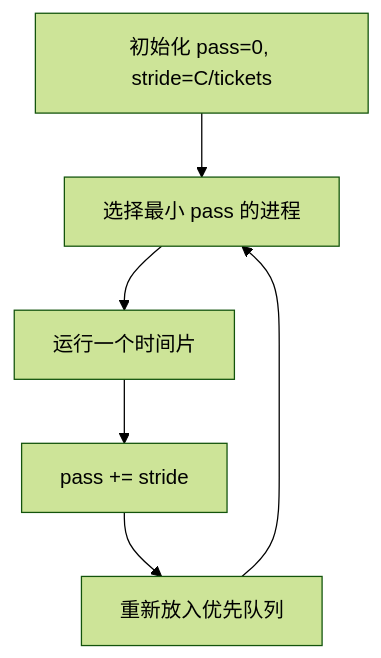
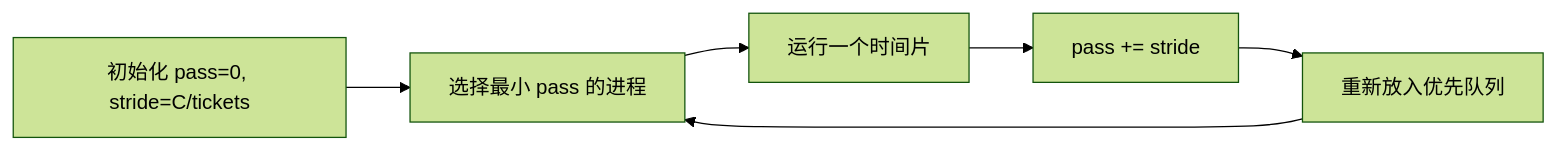
Before and after one commit to Meer-Matze/Meer-Matze.github.io: the eighth of 12 diagrams in src/content/posts/CPU虚拟化.md, drawn with Mermaid (forest theme). The commit also changed other lines of this file, not shown here.

````diff
--- a/src/content/posts/CPU虚拟化.md
+++ b/src/content/posts/CPU虚拟化.md
@@ -657,8 +634,8 @@
 ```mermaid
-flowchart TD
+flowchart LR
     Init[初始化 pass=0, stride=C/tickets] --> Select[选择最小 pass 的进程]
     Select --> Run[运行一个时间片]
     Run --> Update[pass += stride]
     Update --> Insert[重新放入优先队列]
     Insert --> Select
 ```
````
